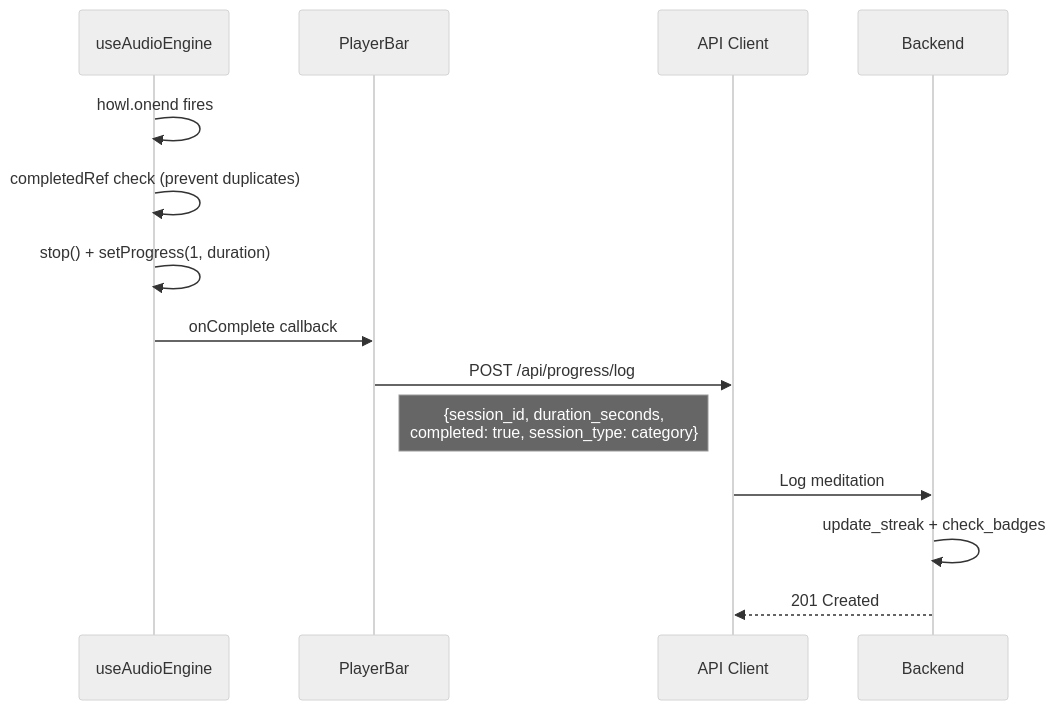
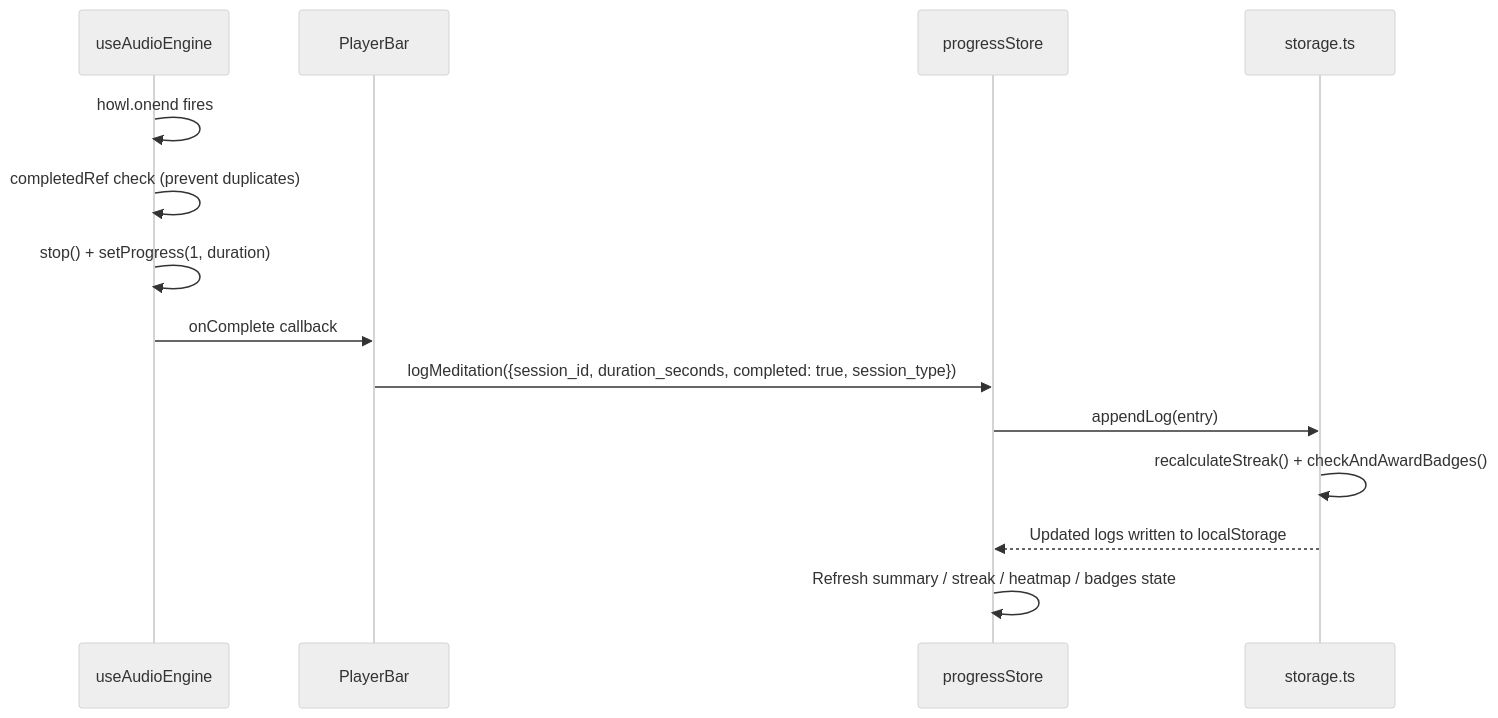
Before and after one commit to 5x5x5x5/stillwater: the sixth of 6 diagrams in docs/architecture/04-audio-system.md, drawn with Mermaid (neutral theme). The commit also changed other lines of this file and 65 other files, not shown here.

First line of the commit message:
Eliminate backend: replace FastAPI/SQLite with localStorage-only React app

````diff
--- a/docs/architecture/04-audio-system.md
+++ b/docs/architecture/04-audio-system.md
@@ -171,18 +171,18 @@
 ```mermaid
 sequenceDiagram
     participant AE as useAudioEngine
     participant PB as PlayerBar
-    participant API as API Client
-    participant BE as Backend
+    participant PS as progressStore
+    participant ST as storage.ts
 
     AE->>AE: howl.onend fires
     AE->>AE: completedRef check (prevent duplicates)
     AE->>AE: stop() + setProgress(1, duration)
     AE->>PB: onComplete callback
 
-    PB->>API: POST /api/progress/log
-    Note right of PB: {session_id, duration_seconds,<br/>completed: true, session_type: category}
-    API->>BE: Log meditation
-    BE->>BE: update_streak + check_badges
-    BE-->>API: 201 Created
+    PB->>PS: logMeditation({session_id, duration_seconds, completed: true, session_type})
+    PS->>ST: appendLog(entry)
+    ST->>ST: recalculateStreak() + checkAndAwardBadges()
+    ST-->>PS: Updated logs written to localStorage
+    PS->>PS: Refresh summary / streak / heatmap / badges state
 ```
````
